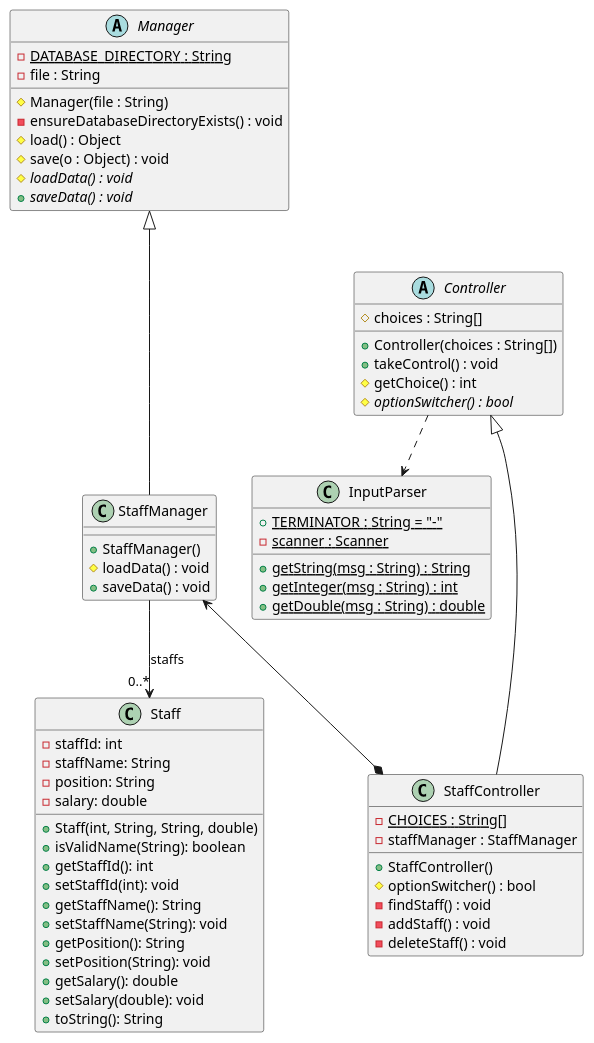
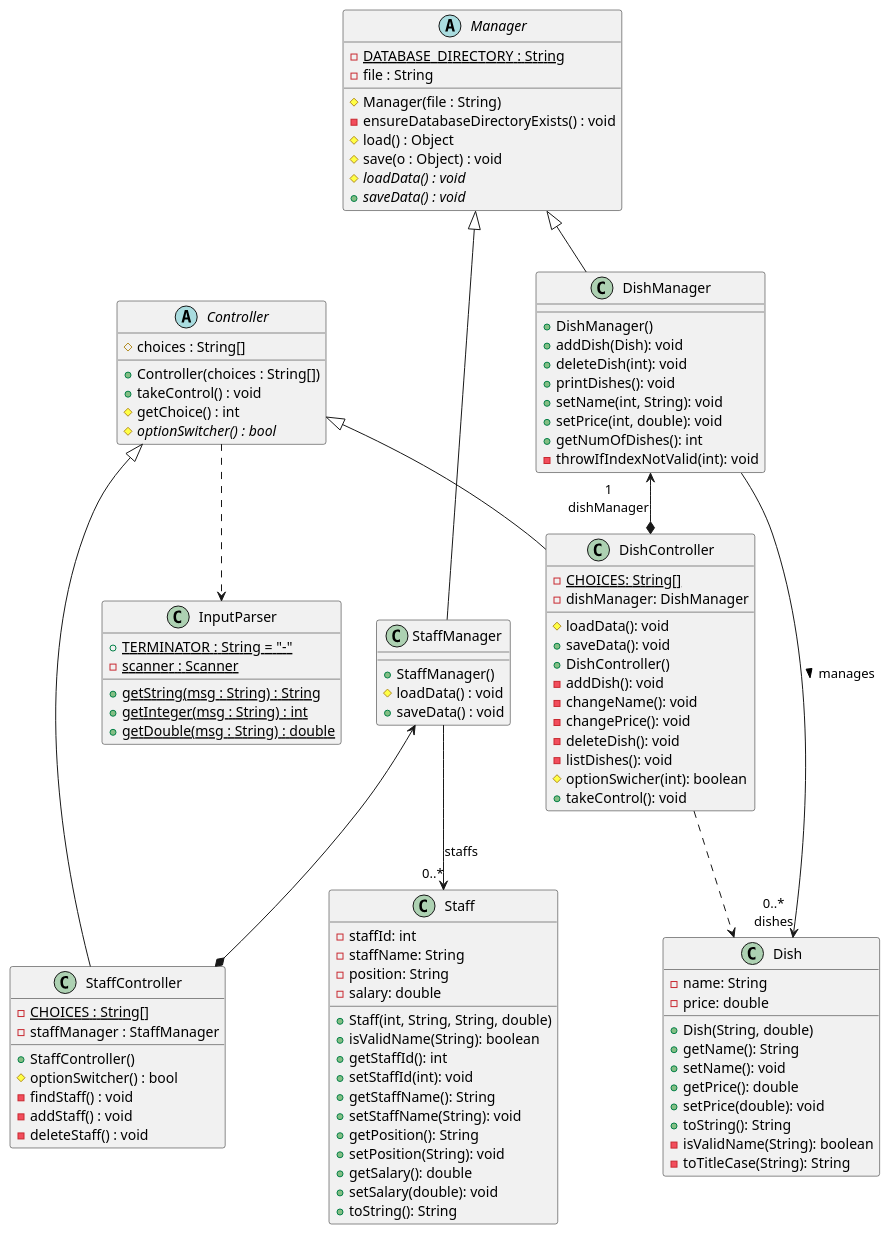
Before and after one commit to nus-cs2113-AY2122S2/tp: the diagram in docs/UML/all.puml, drawn with PlantUML. The commit also changed 1 other file, not shown here.

Commit message:
Add dish in all.puml and delete Duke.puml

```diff
--- a/docs/UML/all.puml
+++ b/docs/UML/all.puml
@@ -1,68 +1,118 @@
 @startuml
 abstract class Manager {
 -{static}DATABASE_DIRECTORY : String
 -file : String
 #Manager(file : String)
 -ensureDatabaseDirectoryExists() : void
 #load() : Object
 #save(o : Object) : void
 #{abstract}loadData() : void
 +{abstract}saveData() : void
 }
 
 class StaffManager {
 +StaffManager()
 #loadData() : void
 +saveData() : void
 }
 
 abstract class Controller {
 #choices : String[]
 +Controller(choices : String[])
 +takeControl() : void
 #getChoice() : int
 #{abstract}optionSwitcher() : bool
 }
 
 class StaffController {
 -{static}CHOICES : String[]
 -staffManager : StaffManager
 +StaffController()
 #optionSwitcher() : bool
 -findStaff() : void
 -addStaff() : void
 -deleteStaff() : void
 }
 
 class Staff {
     -staffId: int
     -staffName: String
     -position: String
     -salary: double
     +Staff(int, String, String, double)
     +isValidName(String): boolean
     +getStaffId(): int
     +setStaffId(int): void
     +getStaffName(): String
     +setStaffName(String): void
     +getPosition(): String
     +setPosition(String): void
     +getSalary(): double
     +setSalary(double): void
     +toString(): String
 }
 
 class InputParser {
 +{static}TERMINATOR : String = "-"
 -{static}scanner : Scanner
 +{static}getString(msg : String) : String
 +{static}getInteger(msg : String) : int
 +{static}getDouble(msg : String) : double
 }
 
 Manager <|--- StaffManager
 StaffManager <--* StaffController
 Controller <|--- StaffController
 Controller ..> InputParser
 StaffManager --> "0..*" Staff : staffs
+
+
+class Dish {
+    -name: String
+    -price: double
+    +Dish(String, double)
+    +getName(): String
+    +setName(): void
+    +getPrice(): double
+    +setPrice(double): void
+    +toString(): String
+    -isValidName(String): boolean
+    -toTitleCase(String): String
+}
+
+class DishManager {
+    +DishManager()
+    +addDish(Dish): void
+    +deleteDish(int): void
+    +printDishes(): void
+    +setName(int, String): void
+    +setPrice(int, double): void
+    +getNumOfDishes(): int
+    -throwIfIndexNotValid(int): void
+}
+Manager <|-- DishManager
+
+class DishController {
+    -{static}CHOICES: String[]
+    -dishManager: DishManager
+    #loadData(): void
+    +saveData(): void
+    +DishController()
+    -addDish(): void
+    -changeName(): void
+    -changePrice(): void
+    -deleteDish(): void
+    -listDishes(): void
+    #optionSwicher(int): boolean
+    +takeControl(): void
+}
+Controller <|-- DishController
+
+
+Dish "0..*\ndishes" <-- DishManager: manages <
+
+DishManager "1\ndishManager" <--* DishController
+
+DishController .-> Dish
+
 @enduml
```
